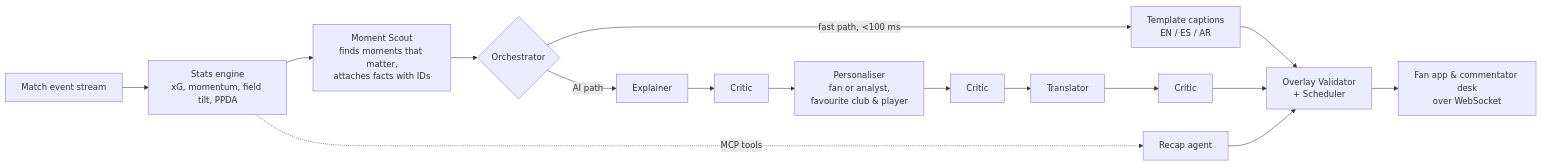
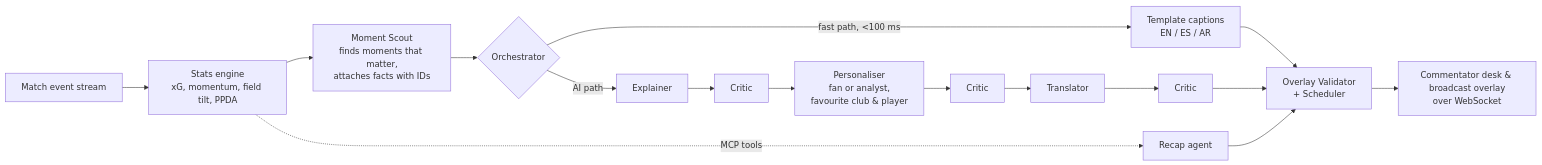
The diagram in README.md (Darlcode101/premier-analytics), drawn with Mermaid before and after one commit. The commit also changed other lines of this file and 24 other files, not shown here.

First line of the commit message:
One product: the commentator desk (DK-1..DK-8)

````diff
--- a/README.md
+++ b/README.md
@@ -23,13 +26,13 @@
 ```mermaid
 flowchart LR
     S[Match event stream] --> E[Stats engine<br/>xG, momentum, field tilt, PPDA]
     E --> M[Moment Scout<br/>finds moments that matter,<br/>attaches facts with IDs]
     E -. MCP tools .-> R[Recap agent]
     M --> O{Orchestrator}
     O -->|fast path, &lt;100 ms| T[Template captions<br/>EN / ES / AR]
     O -->|AI path| X[Explainer] --> C1[Critic] --> P[Personaliser<br/>fan or analyst,<br/>favourite club & player] --> C2[Critic] --> L[Translator] --> C3[Critic]
     T --> V[Overlay Validator<br/>+ Scheduler]
     C3 --> V
     R --> V
-    V --> U[Fan app & commentator desk<br/>over WebSocket]
+    V --> U[Commentator desk & broadcast overlay<br/>over WebSocket]
 ```
````
